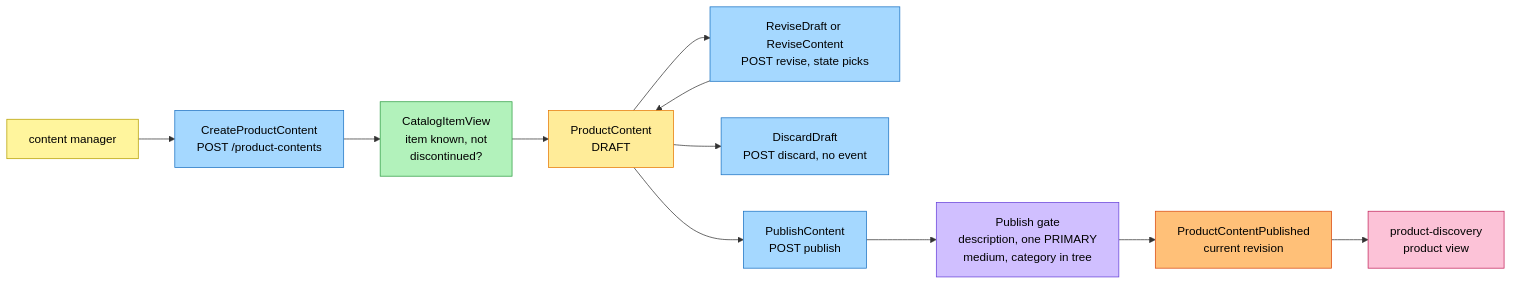
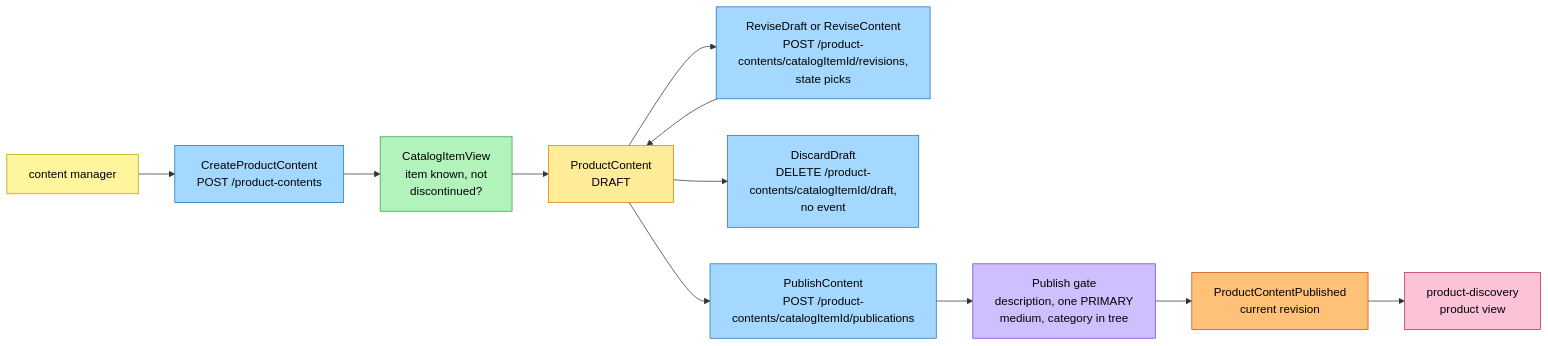
The first of 3 diagrams in docs/docs/ddd/eventstorming.md (IQVO/product-content), drawn with Mermaid before and after one commit. The commit also changed other lines of this file, not shown here.

First line of the commit message:
docs(product-content): draw the guideline routes on the event storming boards

````diff
--- a/docs/docs/ddd/eventstorming.md
+++ b/docs/docs/ddd/eventstorming.md
@@ -31,27 +31,27 @@
 ```mermaid
 flowchart LR
     CM["content manager"]:::actor
     C1["CreateProductContent<br/>POST /product-contents"]:::command
     RM["CatalogItemView<br/>item known, not<br/>discontinued?"]:::readmodel
     G1["ProductContent<br/>DRAFT"]:::aggregate
-    C1b["ReviseDraft or ReviseContent<br/>POST revise, state picks"]:::command
-    C1c["DiscardDraft<br/>POST discard, no event"]:::command
-    C2["PublishContent<br/>POST publish"]:::command
+    C1b["ReviseDraft or ReviseContent<br/>POST /product-contents/catalogItemId/revisions,<br/>state picks"]:::command
+    C1c["DiscardDraft<br/>DELETE /product-contents/catalogItemId/draft,<br/>no event"]:::command
+    C2["PublishContent<br/>POST /product-contents/catalogItemId/publications"]:::command
     P1["Publish gate<br/>description, one PRIMARY<br/>medium, category in tree"]:::policy
     E1["ProductContentPublished<br/>current revision"]:::event
     PD["product-discovery<br/>product view"]:::external
 
     CM --> C1
     C1 --> RM --> G1
     G1 --> C2 --> P1 --> E1 --> PD
     G1 --> C1b --> G1
     G1 --> C1c
 
     classDef actor fill:#fff59d,stroke:#b59f00,color:#000
     classDef command fill:#a5d8ff,stroke:#1971c2,color:#000
     classDef aggregate fill:#ffec99,stroke:#e67700,color:#000
     classDef event fill:#ffc078,stroke:#d9480f,color:#000
     classDef policy fill:#d0bfff,stroke:#6741d9,color:#000
     classDef readmodel fill:#b2f2bb,stroke:#2f9e44,color:#000
     classDef external fill:#fcc2d7,stroke:#c2255c,color:#000
 ```
````
